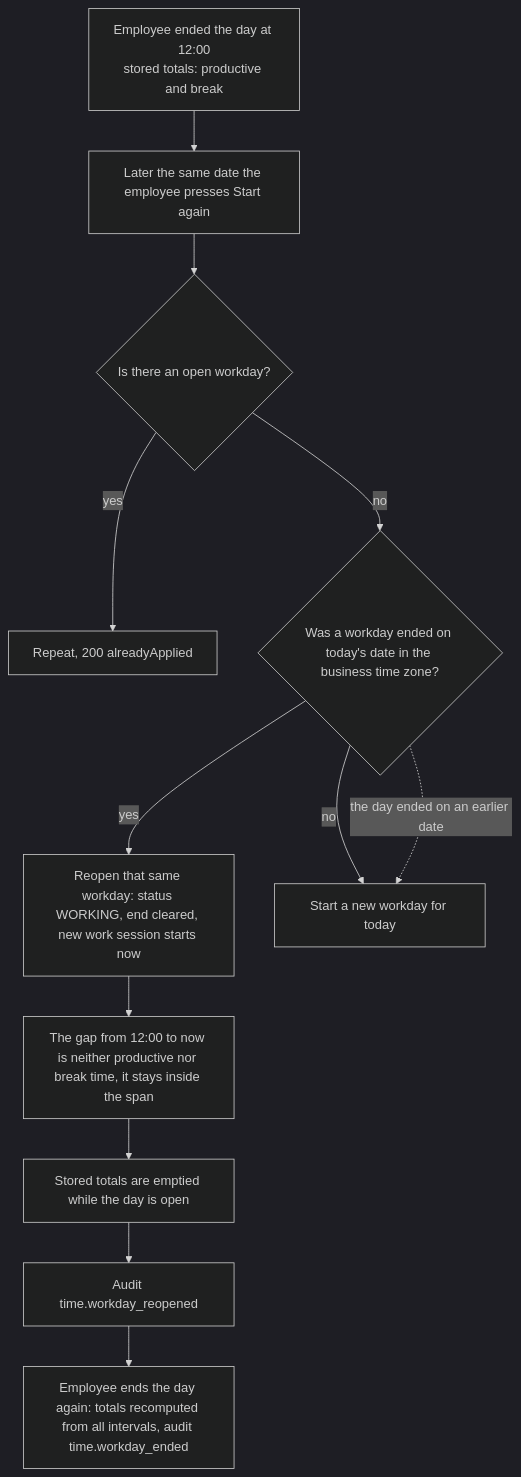
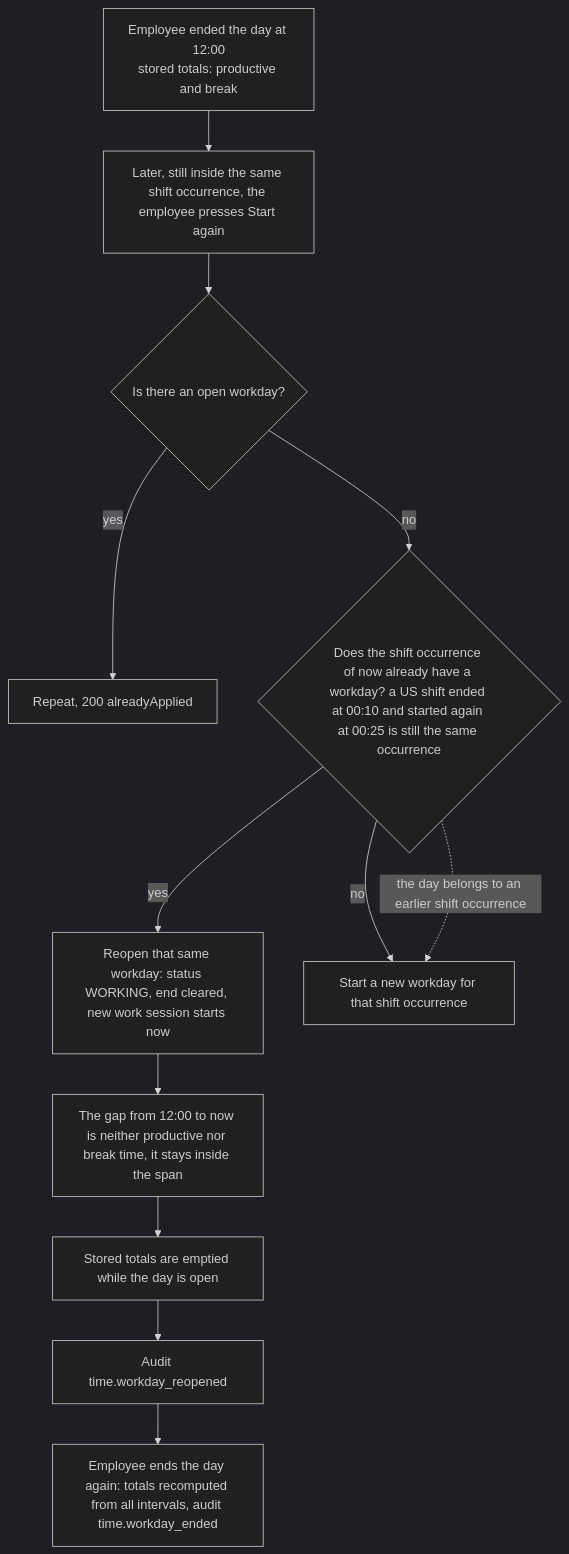
One commit to amitjurislpo/juris-track changed the fifth of 19 diagrams in references/FLOW-JurisTrack.md. Above: the diagram before and after it, drawn with Mermaid (dark theme). The commit also changed other lines of this file and 51 other files, not shown here.

````diff
--- a/references/FLOW-JurisTrack.md
+++ b/references/FLOW-JurisTrack.md
@@ -194,14 +197,14 @@
 ```mermaid
 flowchart TD
-    A["Employee ended the day at 12:00<br/>stored totals: productive and break"] --> B["Later the same date the employee presses Start again"]
+    A["Employee ended the day at 12:00<br/>stored totals: productive and break"] --> B["Later, still inside the same shift occurrence, the employee presses Start again"]
     B --> C{"Is there an open workday?"}
     C -->|"yes"| R["Repeat, 200 alreadyApplied"]
-    C -->|"no"| D{"Was a workday ended on today's date in the business time zone?"}
+    C -->|"no"| D{"Does the shift occurrence of now already have a workday? a US shift ended at 00:10 and started again at 00:25 is still the same occurrence"}
     D -->|"yes"| E["Reopen that same workday: status WORKING, end cleared, new work session starts now"]
-    D -->|"no"| F["Start a new workday for today"]
+    D -->|"no"| F["Start a new workday for that shift occurrence"]
     E --> G["The gap from 12:00 to now is neither productive nor break time, it stays inside the span"]
     G --> H["Stored totals are emptied while the day is open"]
     H --> I["Audit time.workday_reopened"]
     I --> J["Employee ends the day again: totals recomputed from all intervals, audit time.workday_ended"]
-    D -.->|"the day ended on an earlier date"| F
+    D -.->|"the day belongs to an earlier shift occurrence"| F
 ```
````
